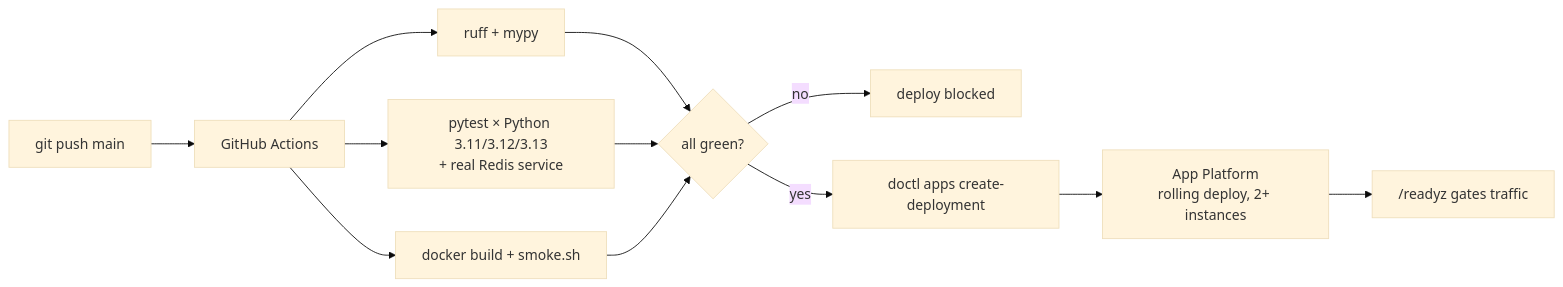
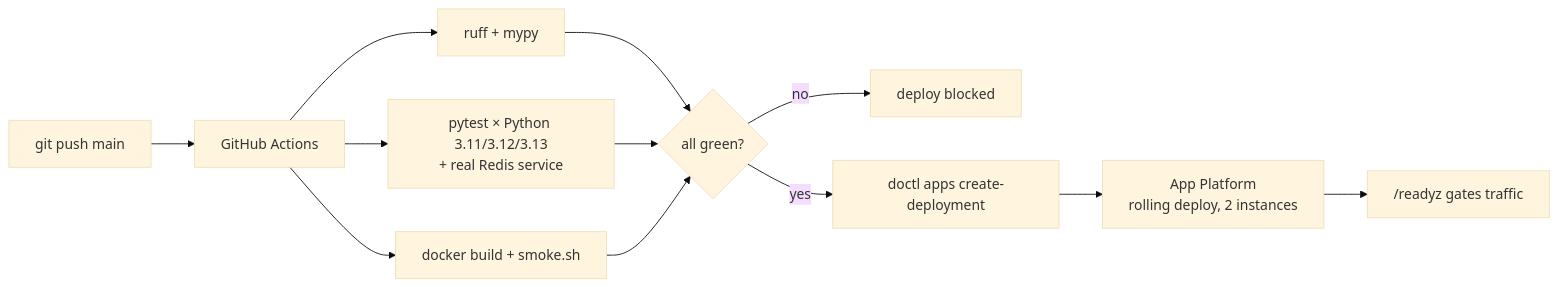
One commit to evasy/gaming-leaderboard-api changed the sixth of 6 diagrams in docs/architecture.md. Above: the diagram before and after it, drawn with Mermaid (base theme). The commit also changed other lines of this file and 1 other file, not shown here.

First line of the commit message:
Correct docs: fixed 2 instances, not CPU autoscaling

````diff
--- a/docs/architecture.md
+++ b/docs/architecture.md
@@ -240,14 +240,14 @@
 ```mermaid
 flowchart LR
     dev["git push main"] --> gh["GitHub Actions"]
     gh --> q["ruff + mypy"]
     gh --> t["pytest × Python 3.11/3.12/3.13<br/>+ real Redis service"]
     gh --> b["docker build + smoke.sh"]
     q --> gate{"all green?"}
     t --> gate
     b --> gate
     gate -- no --> stop["deploy blocked"]
     gate -- yes --> do["doctl apps create-deployment"]
-    do --> ap["App Platform<br/>rolling deploy, 2+ instances"]
+    do --> ap["App Platform<br/>rolling deploy, 2 instances"]
     ap --> hc["/readyz gates traffic"]
 ```
````
